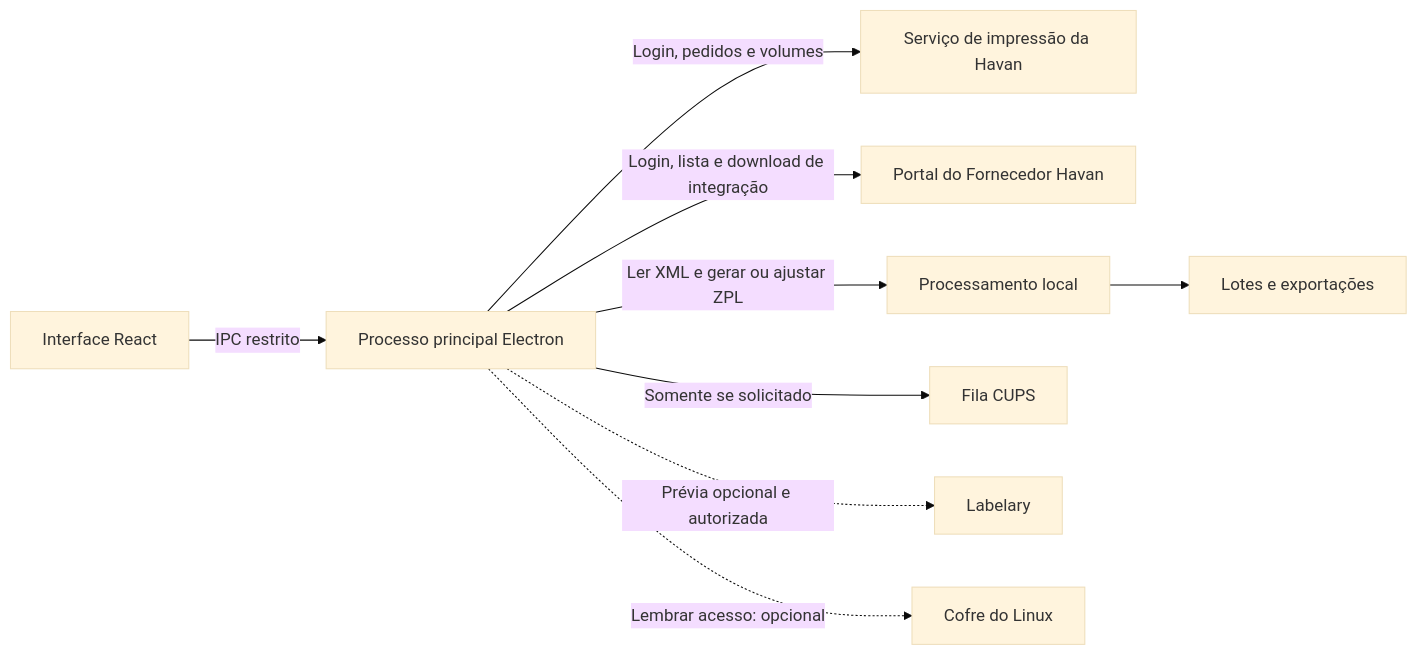
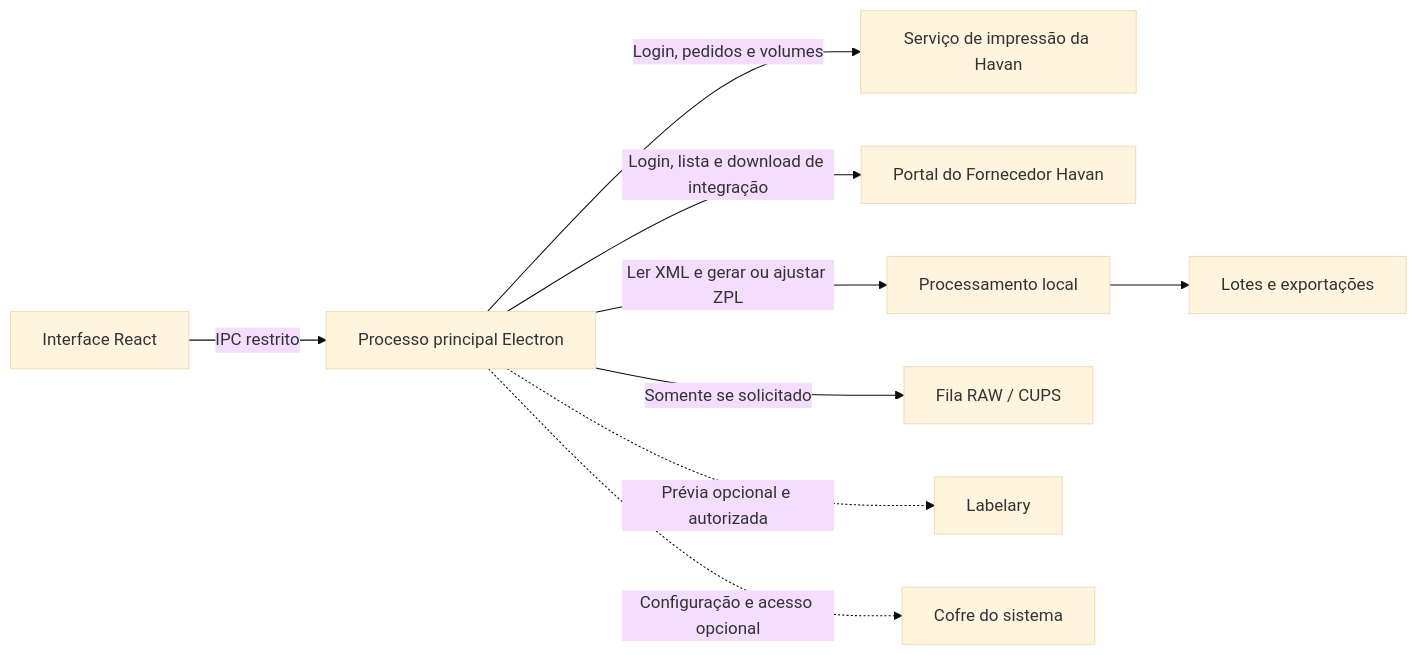
Before and after one commit to kelvinmattosdev/vinqueta: the diagram in README.md, drawn with Mermaid (base theme). The commit also changed other lines of this file and 19 other files, not shown here.

````diff
--- a/README.md
+++ b/README.md
@@ -67,11 +79,11 @@
 ```mermaid
 flowchart LR
     U["Interface React"] -->|"IPC restrito"| E["Processo principal Electron"]
     E -->|"Login, pedidos e volumes"| H["Serviço de impressão da Havan"]
     E -->|"Login, lista e download de integração"| P["Portal do Fornecedor Havan"]
     E -->|"Ler XML e gerar ou ajustar ZPL"| Z["Processamento local"]
     Z --> L["Lotes e exportações"]
-    E -->|"Somente se solicitado"| I["Fila CUPS"]
+    E -->|"Somente se solicitado"| I["Fila RAW / CUPS"]
     E -.->|"Prévia opcional e autorizada"| R["Labelary"]
-    E -.->|"Lembrar acesso: opcional"| C["Cofre do Linux"]
+    E -.->|"Configuração e acesso opcional"| C["Cofre do sistema"]
 ```
````
